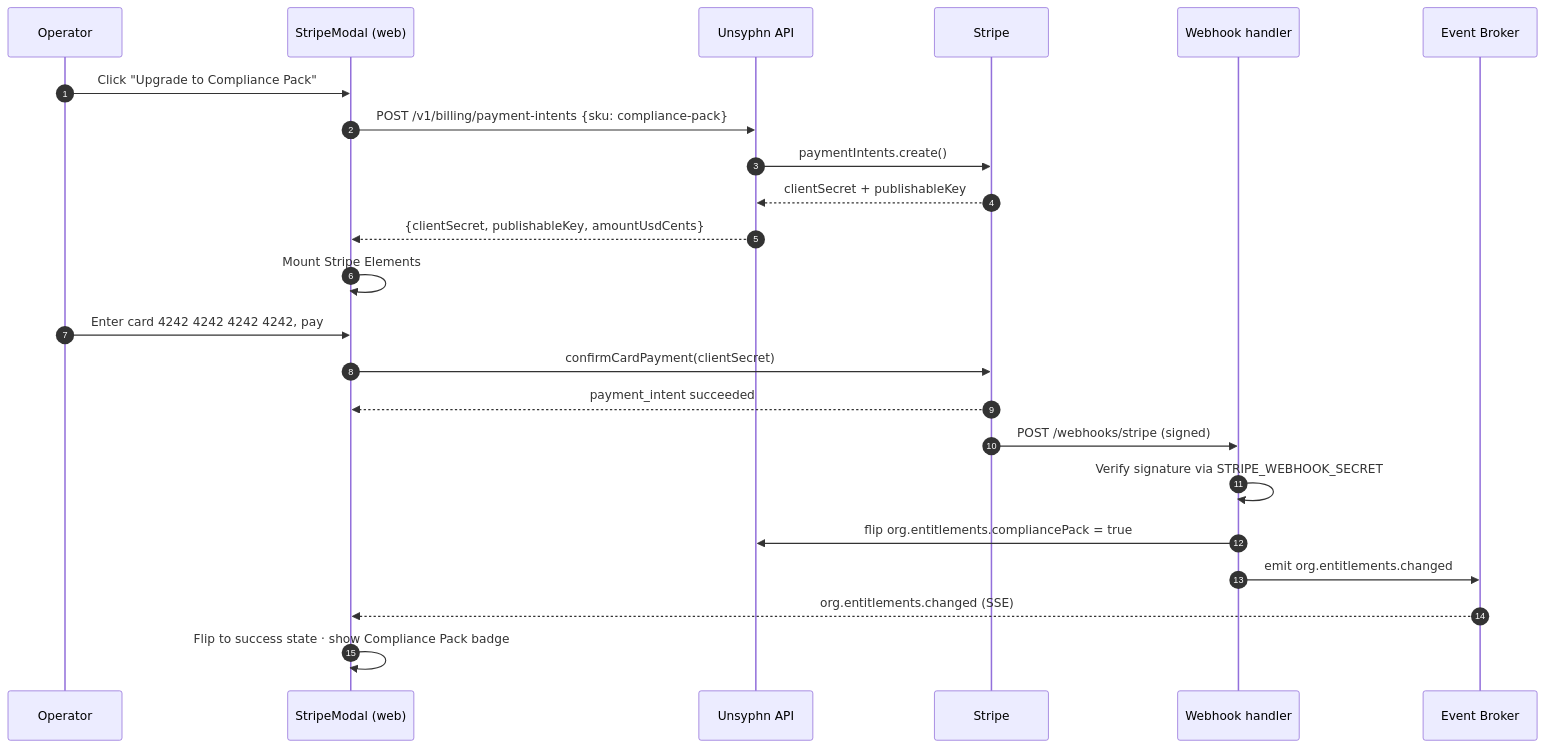
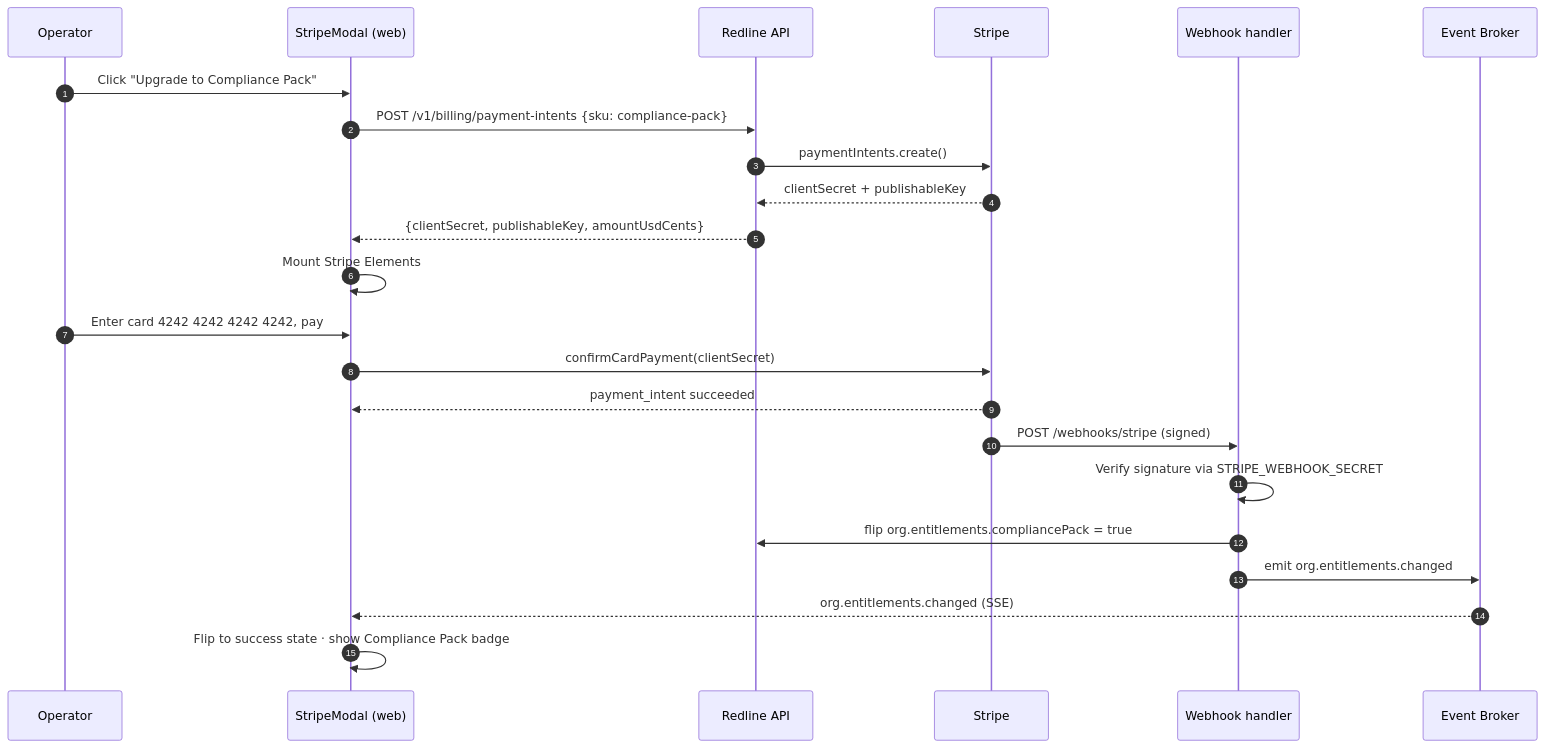
The fourth of 8 diagrams in README.md (d3v07/Datadog_Hackathon), drawn with Mermaid before and after one commit. The commit also changed other lines of this file and 71 other files, not shown here.

````diff
--- a/README.md
+++ b/README.md
@@ -287,26 +287,26 @@
 ```mermaid
 sequenceDiagram
     autonumber
     participant U as Operator
     participant W as StripeModal (web)
-    participant API as Unsyphn API
+    participant API as Redline API
     participant SX as Stripe
     participant H as Webhook handler
     participant Bus as Event Broker
 
     U->>W: Click "Upgrade to Compliance Pack"
     W->>API: POST /v1/billing/payment-intents {sku: compliance-pack}
     API->>SX: paymentIntents.create()
     SX-->>API: clientSecret + publishableKey
     API-->>W: {clientSecret, publishableKey, amountUsdCents}
     W->>W: Mount Stripe Elements
     U->>W: Enter card 4242 4242 4242 4242, pay
     W->>SX: confirmCardPayment(clientSecret)
     SX-->>W: payment_intent succeeded
     SX->>H: POST /webhooks/stripe (signed)
     H->>H: Verify signature via STRIPE_WEBHOOK_SECRET
     H->>API: flip org.entitlements.compliancePack = true
     H->>Bus: emit org.entitlements.changed
     Bus-->>W: org.entitlements.changed (SSE)
     W->>W: Flip to success state · show Compliance Pack badge
 ```
````
